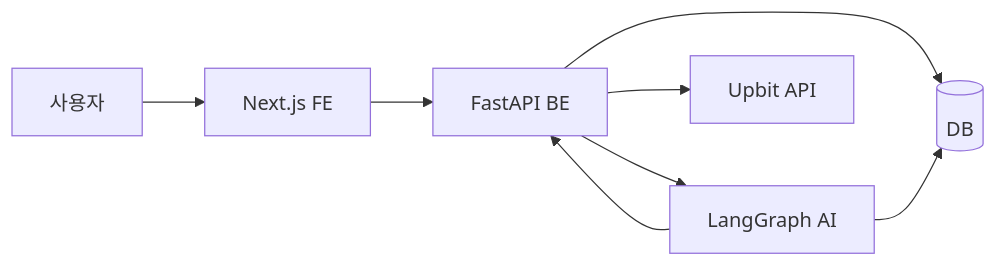
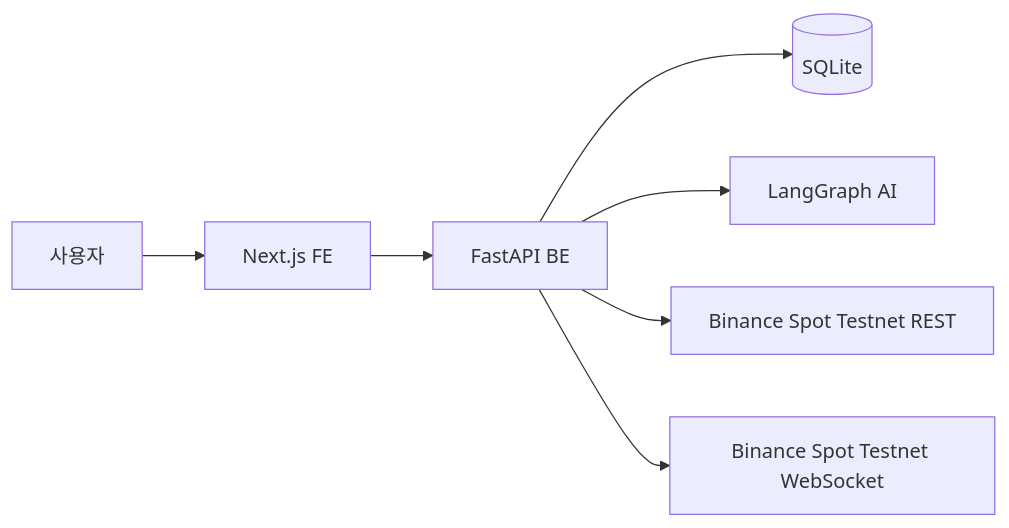
The first of 4 diagrams in ARCHITECTURE.md (UpstageAI/sw-maestro-project), drawn with Mermaid before and after one commit. The commit also changed other lines of this file and 8 other files, not shown here.

Commit message:
refactor: rewrite docs for Binance Spot Testnet trading flow

````diff
--- a/ARCHITECTURE.md
+++ b/ARCHITECTURE.md
@@ -35,10 +36,9 @@
 ```mermaid
 flowchart LR
     USER[사용자] --> FE[Next.js FE]
     FE --> BE[FastAPI BE]
-    BE --> DB[(DB)]
+    BE --> DB[(SQLite)]
     BE --> AI[LangGraph AI]
-    BE --> UPBIT[Upbit API]
-    AI --> DB
-    AI --> BE
+    BE --> REST[Binance Spot Testnet REST]
+    BE --> WS[Binance Spot Testnet WebSocket]
 ```
````
